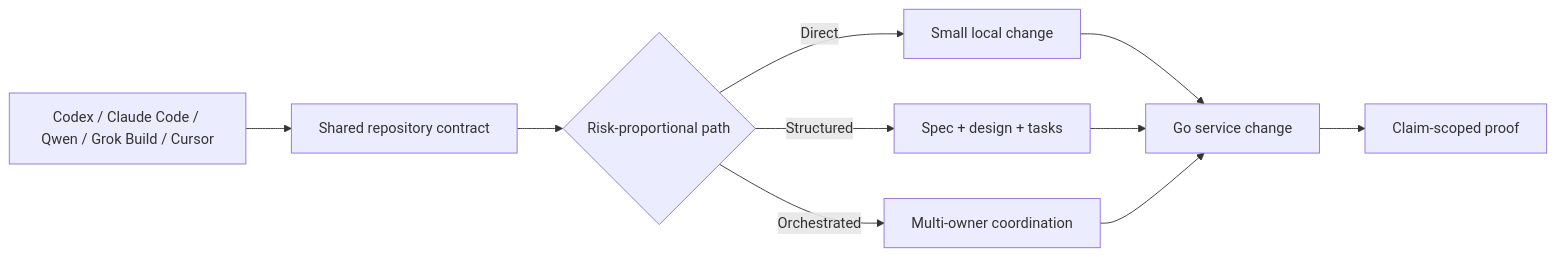
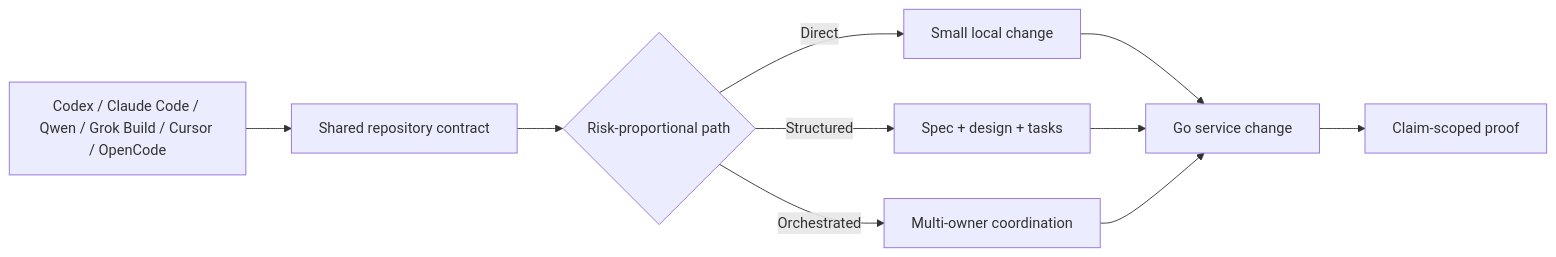
One commit to Dankosik/go-service-template-rest changed the first of 2 diagrams in README.md. Above: the diagram before and after it, drawn with Mermaid. The commit also changed other lines of this file and 23 other files, not shown here.

First line of the commit message:
feat: add OpenCode as a first-class agent harness

````diff
--- a/README.md
+++ b/README.md
@@ -195,12 +195,12 @@
 ```mermaid
 flowchart LR
-    A["Codex / Claude Code / Qwen / Grok Build / Cursor"] --> B["Shared repository contract"]
+    A["Codex / Claude Code / Qwen / Grok Build / Cursor / OpenCode"] --> B["Shared repository contract"]
     B --> C{"Risk-proportional path"}
     C -->|Direct| D["Small local change"]
     C -->|Structured| E["Spec + design + tasks"]
     C -->|Orchestrated| F["Multi-owner coordination"]
     D --> G["Go service change"]
     E --> G
     F --> G
     G --> H["Claim-scoped proof"]
 ```
````
